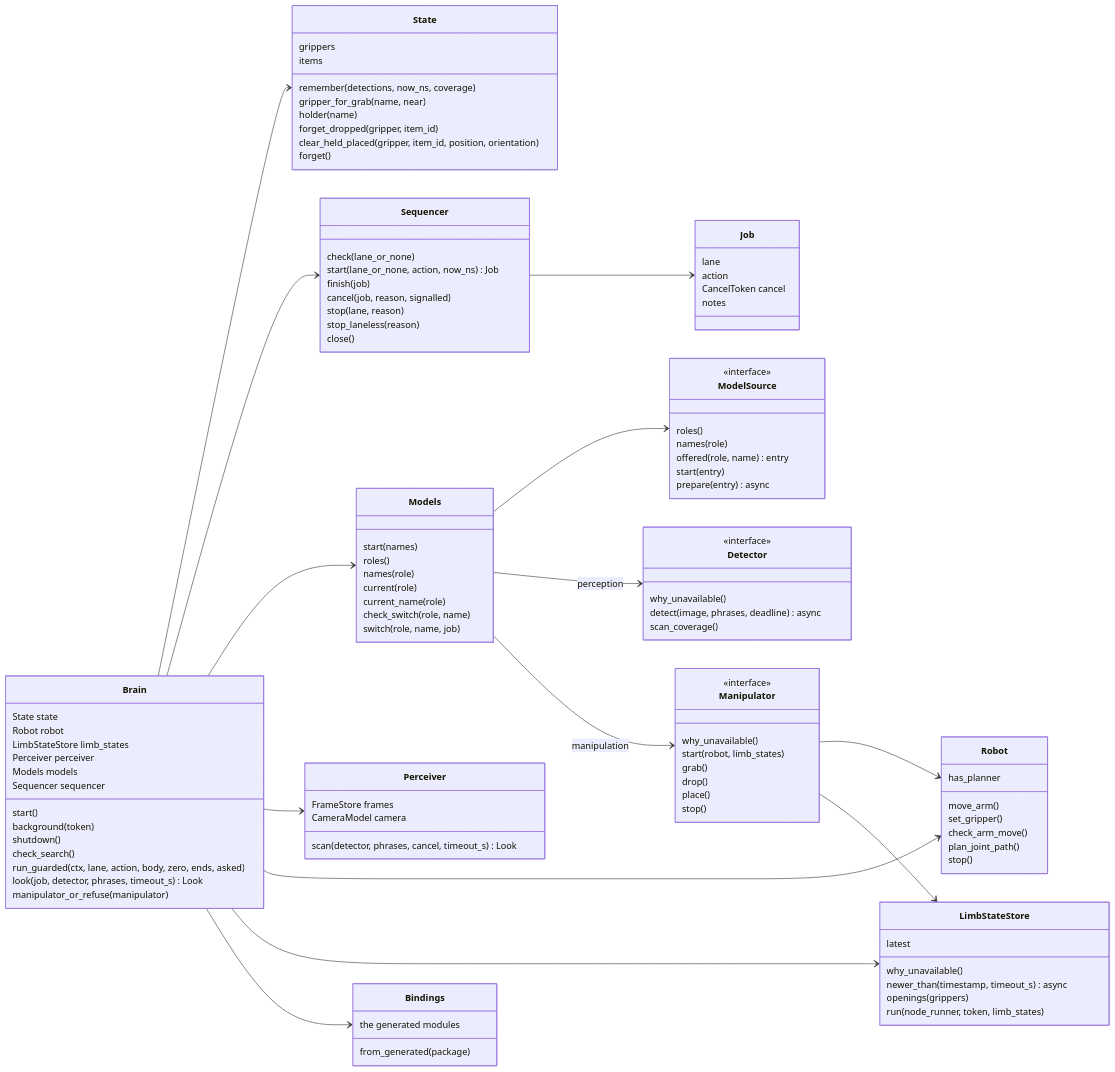
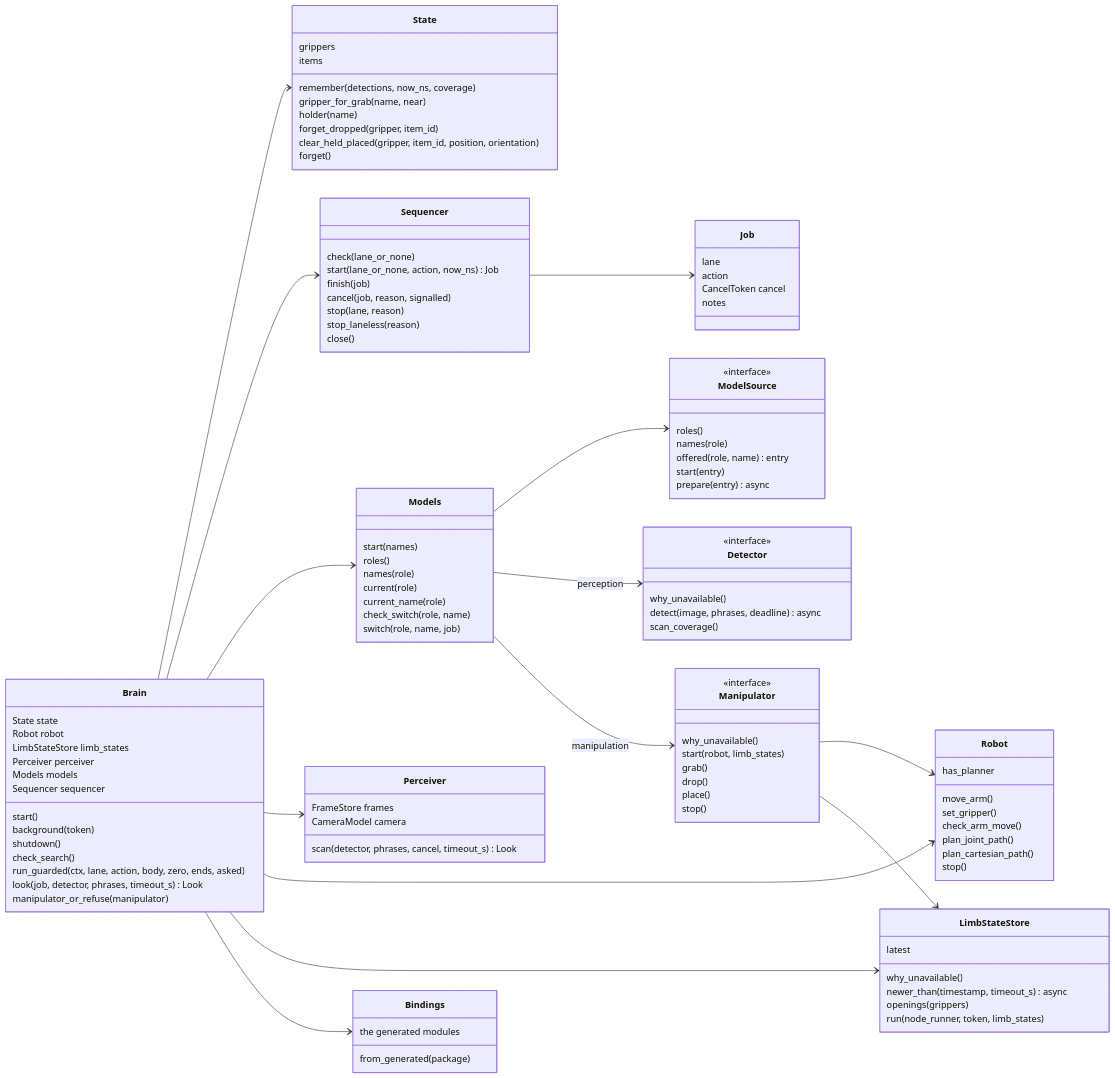
One commit to Peppy-bot/public-peppy-libs changed the second of 5 diagrams in brain_core/README.md. Above: the diagram before and after it, drawn with Mermaid. The commit also changed other lines of this file and 2 other files, not shown here.

First line of the commit message:
[ROBOTAI-40] brain_core: Robot.plan_cartesian_path

```diff
--- a/brain_core/README.md
+++ b/brain_core/README.md
@@ -219,6 +219,7 @@
         set_gripper()
         check_arm_move()
         plan_joint_path()
+        plan_cartesian_path()
         stop()
     }
     class LimbStateStore {
```
